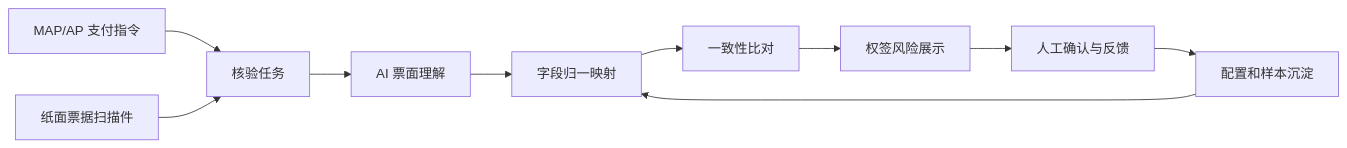
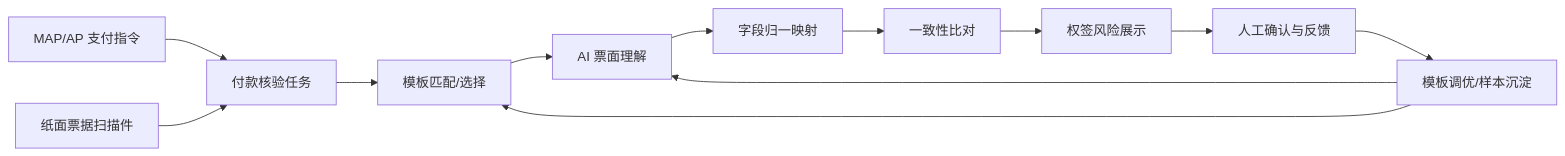
Before and after one commit to LuluCJJ/bill-verification: the diagram in README.md, drawn with Mermaid. The commit also changed other lines of this file and 5 other files, not shown here.

````diff
--- a/README.md
+++ b/README.md
@@ -26,12 +39,14 @@
 ```mermaid
 flowchart LR
-    A["MAP/AP 支付指令"] --> C["核验任务"]
+    A["MAP/AP 支付指令"] --> C["付款核验任务"]
     B["纸面票据扫描件"] --> C
-    C --> D["AI 票面理解"]
-    D --> E["字段归一映射"]
-    E --> F["一致性比对"]
-    F --> G["权签风险展示"]
-    G --> H["人工确认与反馈"]
-    H --> I["配置和样本沉淀"]
-    I --> E
+    C --> D["模板匹配/选择"]
+    D --> E["AI 票面理解"]
+    E --> F["字段归一映射"]
+    F --> G["一致性比对"]
+    G --> H["权签风险展示"]
+    H --> I["人工确认与反馈"]
+    I --> J["模板调优/样本沉淀"]
+    J --> D
+    J --> E
 ```
````
